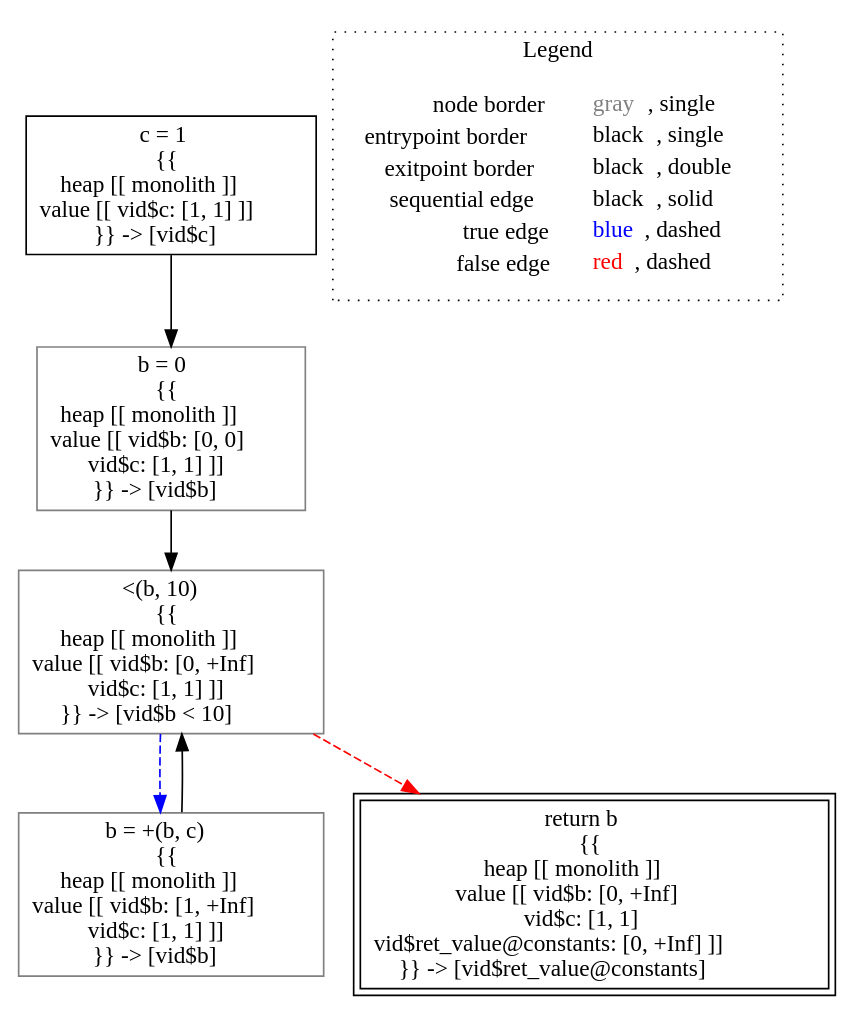
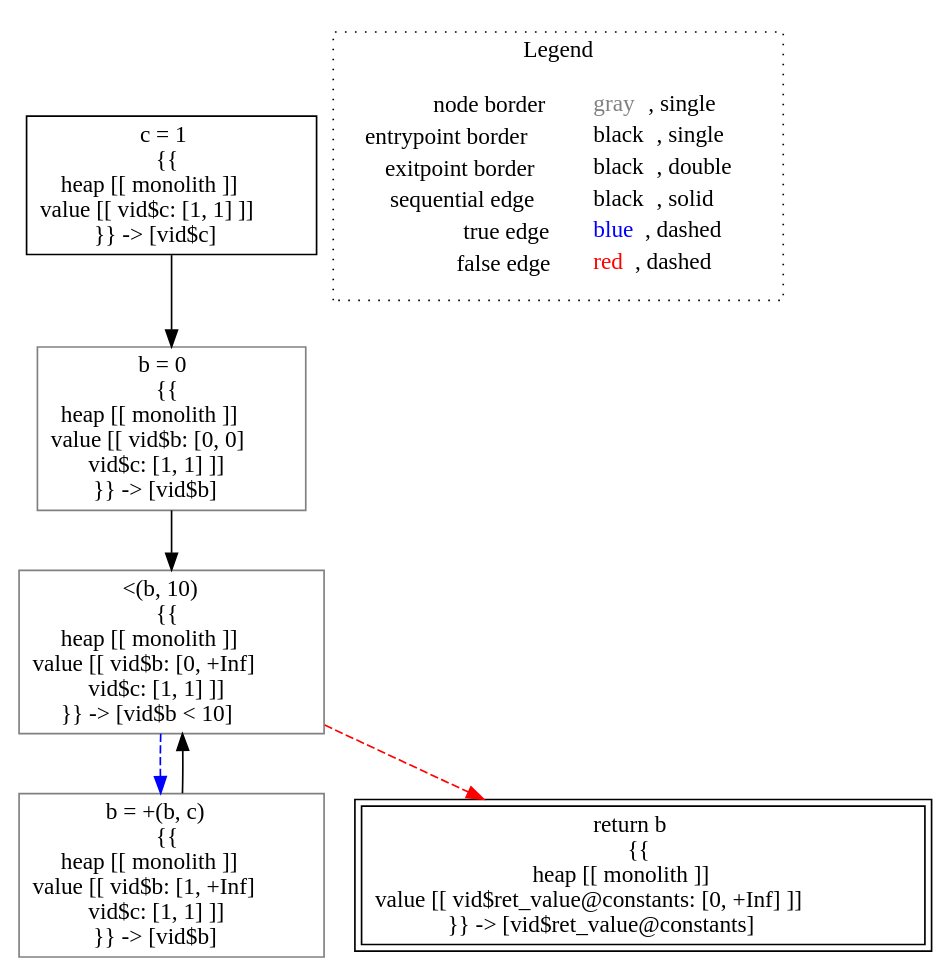
Before and after one commit to lisa-analyzer/lisa: the diagram in lisa/imp-testcases/numeric/interval/analysis___untyped_tutorial.constants().dot, drawn with Graphviz. The commit also changed 57 other files, not shown here.

```diff
--- a/lisa/imp-testcases/numeric/interval/analysis___untyped_tutorial.constants().dot
+++ b/lisa/imp-testcases/numeric/interval/analysis___untyped_tutorial.constants().dot
@@ -1,19 +1,19 @@
 digraph {
 	"node0" [shape="rect",color="black",label=<c = 1<BR/>{{<BR/>heap [[ monolith ]]<BR/>value [[ vid$c: [1, 1] ]]<BR/>}} -&gt; [vid$c]>];
-	"node1" [shape="rect",color="gray",label=<b = 0<BR/>{{<BR/>heap [[ monolith ]]<BR/>value [[ vid$b: [0, 0]<BR/>vid$c: [1, 1] ]]<BR/>}} -&gt; [vid$b]>];
-	"node2" [shape="rect",color="gray",label=<&lt;(b, 10)<BR/>{{<BR/>heap [[ monolith ]]<BR/>value [[ vid$b: [0, +Inf]<BR/>vid$c: [1, 1] ]]<BR/>}} -&gt; [vid$b &lt; 10]>];
-	"node3" [shape="rect",color="gray",label=<b = +(b, c)<BR/>{{<BR/>heap [[ monolith ]]<BR/>value [[ vid$b: [1, +Inf]<BR/>vid$c: [1, 1] ]]<BR/>}} -&gt; [vid$b]>];
-	"node4" [shape="rect",color="black",peripheries="2",label=<return b<BR/>{{<BR/>heap [[ monolith ]]<BR/>value [[ vid$b: [0, +Inf]<BR/>vid$c: [1, 1]<BR/>vid$ret_value@constants: [0, +Inf] ]]<BR/>}} -&gt; [vid$ret_value@constants]>];
-	"node1" -> "node2" [color="black"];
-	"node2" -> "node3" [color="blue",style="dashed"];
-	"node2" -> "node4" [color="red",style="dashed"];
-	"node3" -> "node2" [color="black"];
-	"node0" -> "node1" [color="black"];
+	"node1" [shape="rect",color="gray",label=<b = +(b, c)<BR/>{{<BR/>heap [[ monolith ]]<BR/>value [[ vid$b: [1, +Inf]<BR/>vid$c: [1, 1] ]]<BR/>}} -&gt; [vid$b]>];
+	"node2" [shape="rect",color="black",peripheries="2",label=<return b<BR/>{{<BR/>heap [[ monolith ]]<BR/>value [[ vid$ret_value@constants: [0, +Inf] ]]<BR/>}} -&gt; [vid$ret_value@constants]>];
+	"node3" [shape="rect",color="gray",label=<&lt;(b, 10)<BR/>{{<BR/>heap [[ monolith ]]<BR/>value [[ vid$b: [0, +Inf]<BR/>vid$c: [1, 1] ]]<BR/>}} -&gt; [vid$b &lt; 10]>];
+	"node4" [shape="rect",color="gray",label=<b = 0<BR/>{{<BR/>heap [[ monolith ]]<BR/>value [[ vid$b: [0, 0]<BR/>vid$c: [1, 1] ]]<BR/>}} -&gt; [vid$b]>];
+	"node1" -> "node3" [color="black"];
+	"node0" -> "node4" [color="black"];
+	"node3" -> "node1" [color="blue",style="dashed"];
+	"node3" -> "node2" [color="red",style="dashed"];
+	"node4" -> "node3" [color="black"];
 subgraph cluster_legend {
 	label="Legend";
 	style=dotted;
 	node [shape=plaintext];
 	"legend" [label=<<table border="0" cellpadding="2" cellspacing="0" cellborder="0"><tr><td align="right">node border&nbsp;</td><td align="left"><font color="gray">gray</font>, single</td></tr><tr><td align="right">entrypoint border&nbsp;</td><td align="left"><font color="black">black</font>, single</td></tr><tr><td align="right">exitpoint border&nbsp;</td><td align="left"><font color="black">black</font>, double</td></tr><tr><td align="right">sequential edge&nbsp;</td><td align="left"><font color="black">black</font>, solid</td></tr><tr><td align="right">true edge&nbsp;</td><td align="left"><font color="blue">blue</font>, dashed</td></tr><tr><td align="right">false edge&nbsp;</td><td align="left"><font color="red">red</font>, dashed</td></tr></table>>];
 }
 
 }
```
